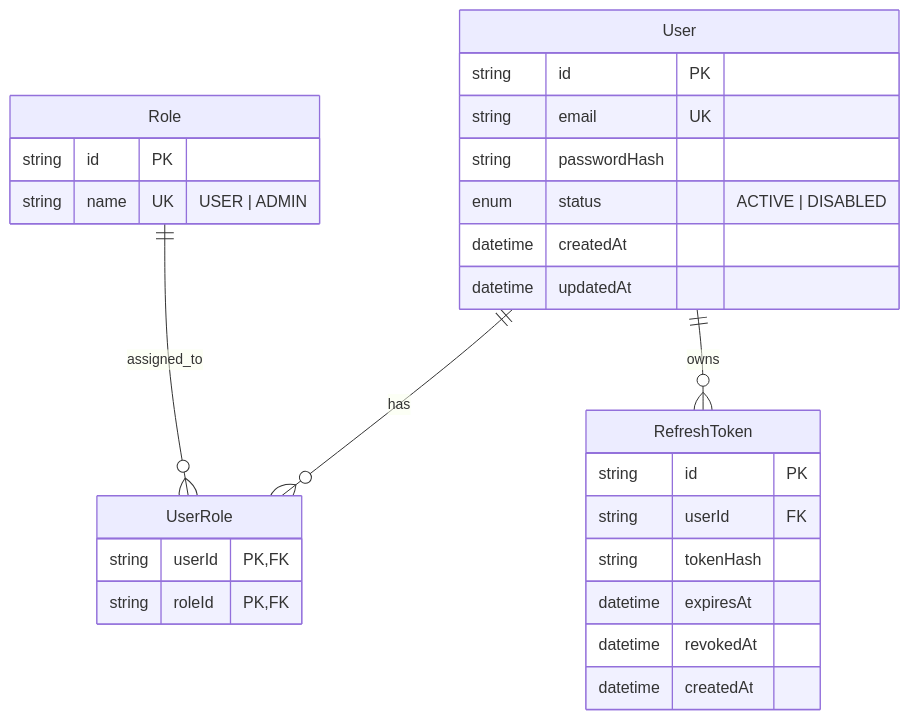
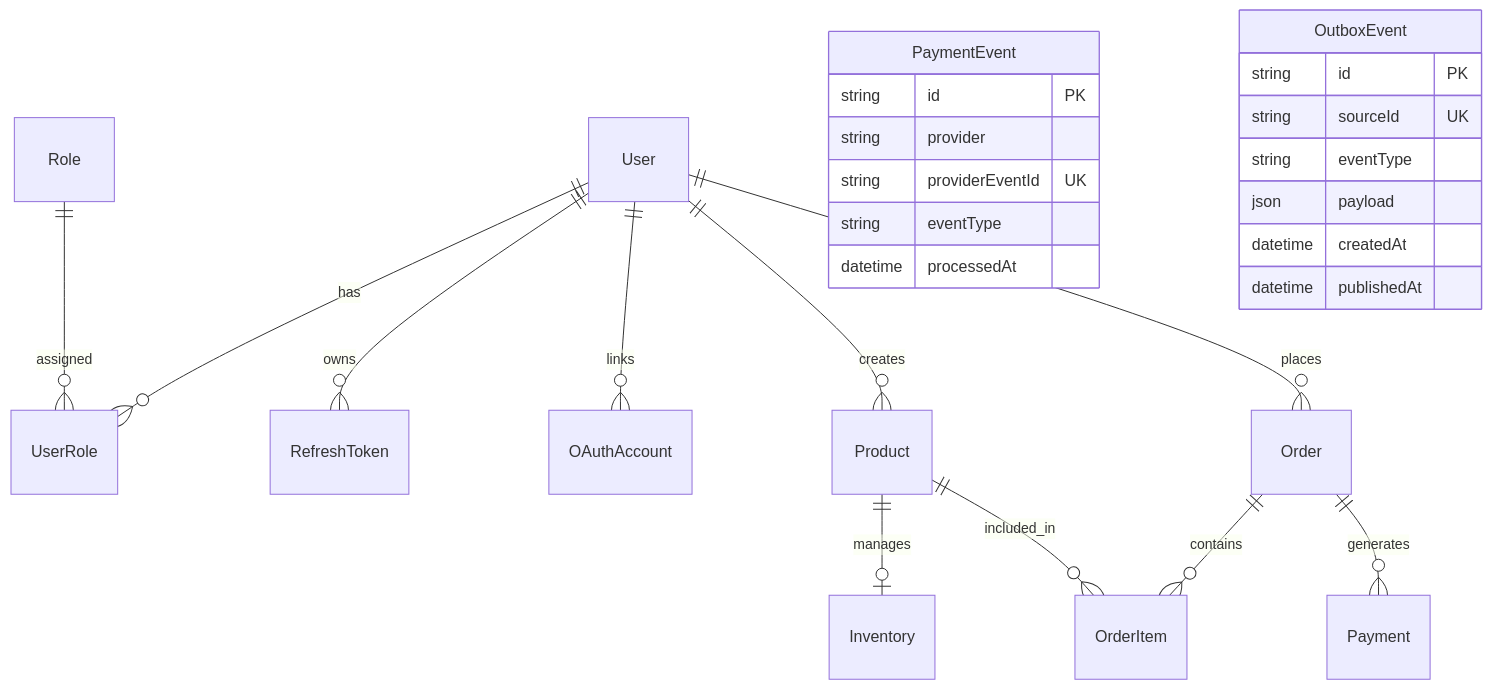
One commit to prasadm00/backend-api-starter changed the fourth of 4 diagrams in README.md. Above: the diagram before and after it, drawn with Mermaid. The commit also changed other lines of this file and 99 other files, not shown here.

````diff
--- a/README.md
+++ b/README.md
@@ -151,34 +115,28 @@
 ```mermaid
 erDiagram
-    User ||--o{ UserRole : "has"
-    Role ||--o{ UserRole : "assigned_to"
-    User ||--o{ RefreshToken : "owns"
-
-    User {
+    User ||--o{ UserRole : has
+    Role ||--o{ UserRole : assigned
+    User ||--o{ RefreshToken : owns
+    User ||--o{ OAuthAccount : links
+    User ||--o{ Product : creates
+    User ||--o{ Order : places
+    Product ||--o| Inventory : manages
+    Product ||--o{ OrderItem : included_in
+    Order ||--o{ OrderItem : contains
+    Order ||--o{ Payment : generates
+    PaymentEvent {
         string id PK
-        string email UK
-        string passwordHash
-        enum status "ACTIVE | DISABLED"
+        string provider
+        string providerEventId UK
+        string eventType
+        datetime processedAt
+    }
+    OutboxEvent {
+        string id PK
+        string sourceId UK
+        string eventType
+        json payload
         datetime createdAt
-        datetime updatedAt
-    }
-
-    Role {
-        string id PK
-        string name UK "USER | ADMIN"
-    }
-
-    UserRole {
-        string userId PK, FK
-        string roleId PK, FK
-    }
-
-    RefreshToken {
-        string id PK
-        string userId FK
-        string tokenHash
-        datetime expiresAt
-        datetime revokedAt
-        datetime createdAt
+        datetime publishedAt
     }
 ```
````
